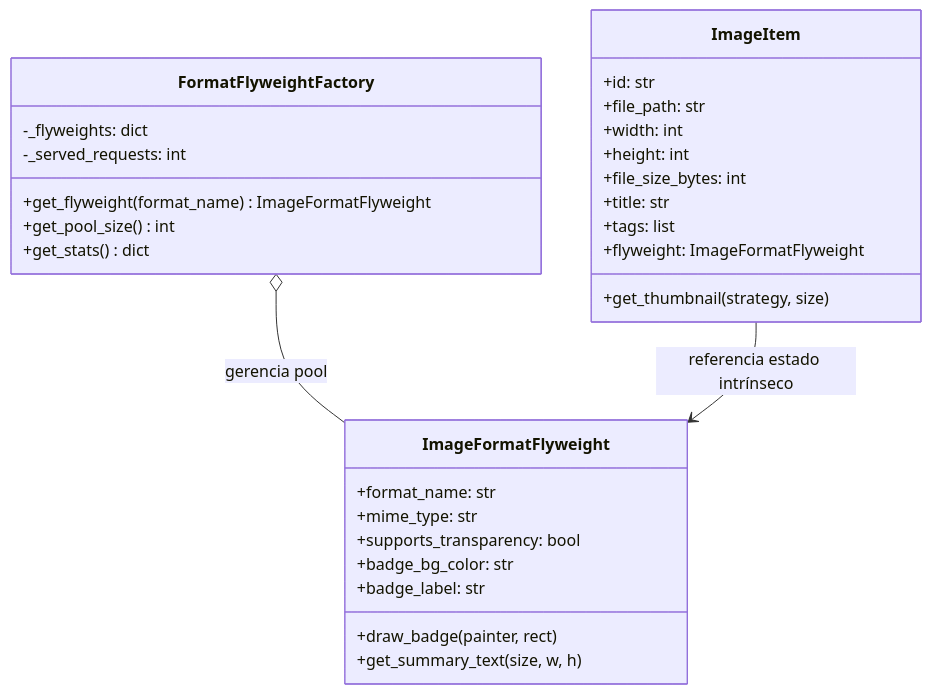
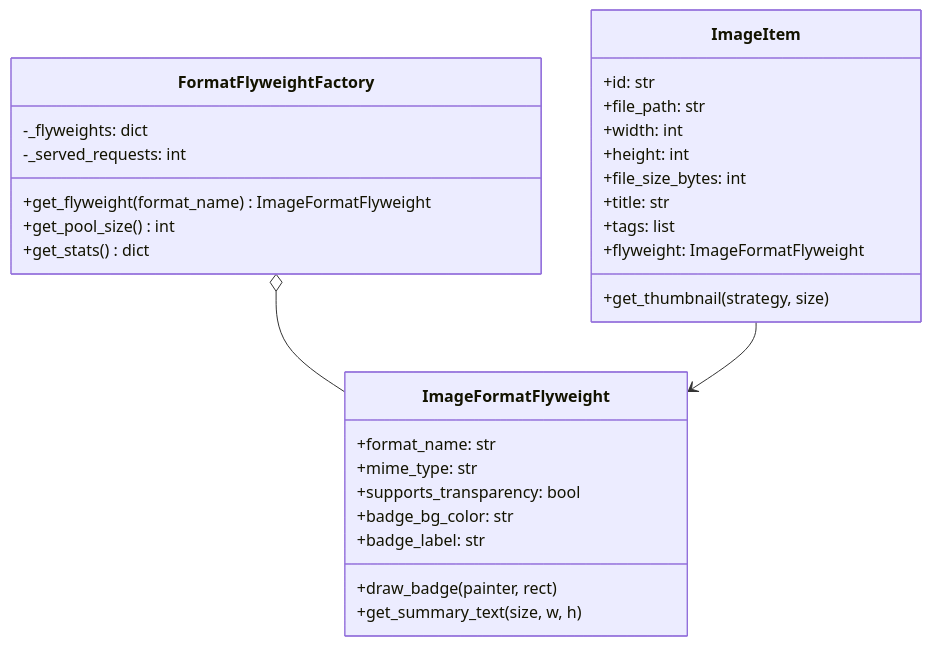
Before and after one commit to gustavosilverio/organizador-imagens: the second of 4 diagrams in README.md, drawn with Mermaid. The commit also changed other lines of this file and 27 other files, not shown here.

````diff
--- a/README.md
+++ b/README.md
@@ -101,35 +77,35 @@
 ```mermaid
 classDiagram
     class ImageFormatFlyweight {
         +format_name: str
         +mime_type: str
         +supports_transparency: bool
         +badge_bg_color: str
         +badge_label: str
         +draw_badge(painter, rect)
         +get_summary_text(size, w, h)
     }
 
     class FormatFlyweightFactory {
         -_flyweights: dict
         -_served_requests: int
         +get_flyweight(format_name) ImageFormatFlyweight
         +get_pool_size() int
         +get_stats() dict
     }
 
     class ImageItem {
         +id: str
         +file_path: str
         +width: int
         +height: int
         +file_size_bytes: int
         +title: str
         +tags: list
         +flyweight: ImageFormatFlyweight
         +get_thumbnail(strategy, size)
     }
 
-    FormatFlyweightFactory o-- ImageFormatFlyweight : gerencia pool
-    ImageItem --> ImageFormatFlyweight : referencia estado intrínseco
+    FormatFlyweightFactory o-- ImageFormatFlyweight
+    ImageItem --> ImageFormatFlyweight
 ```
````
